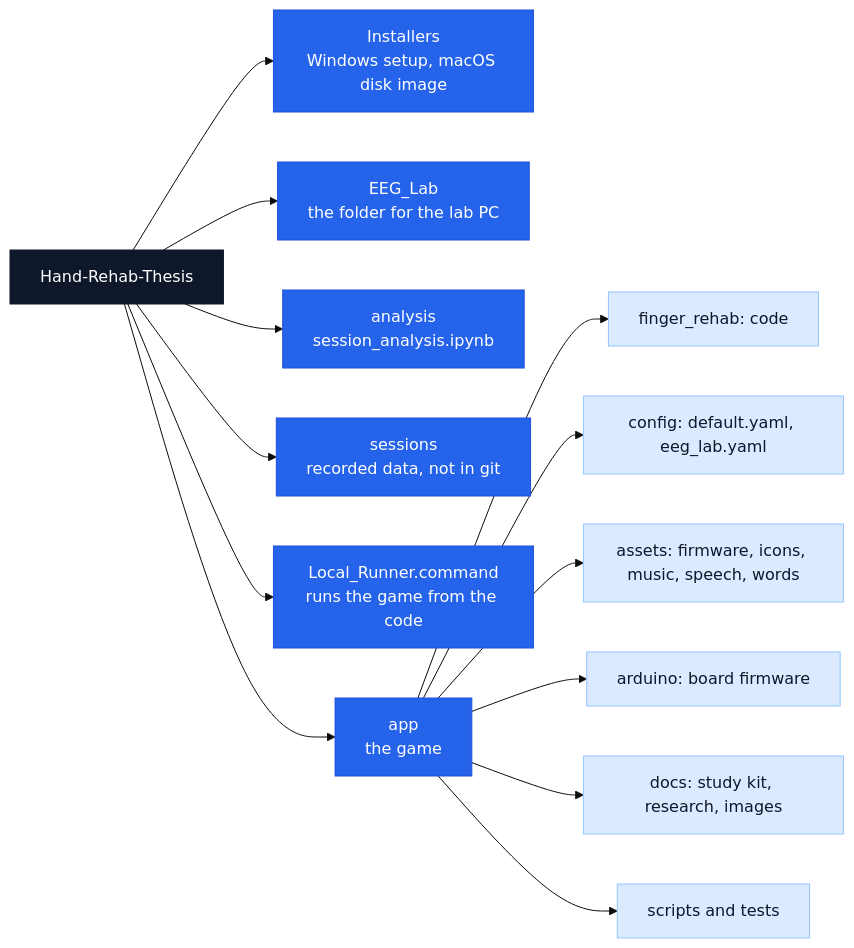
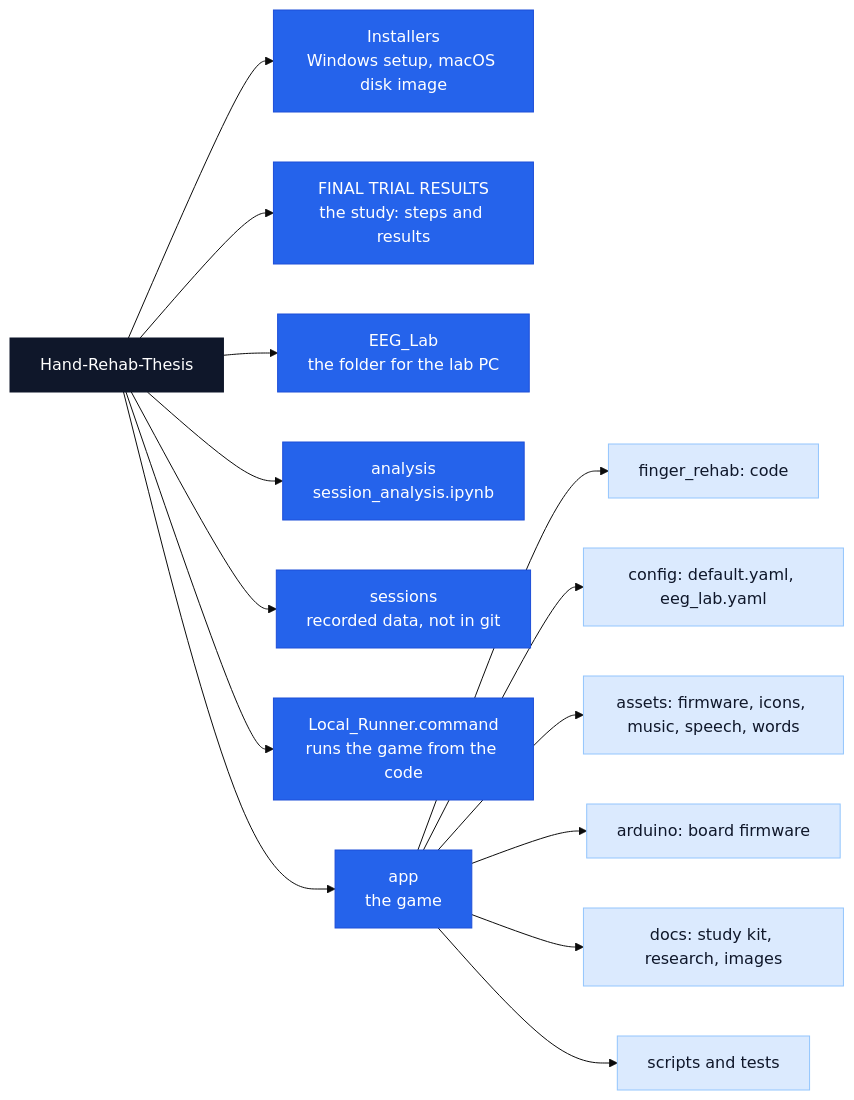
The first of 2 diagrams in README.md (basil2fxs/Hand-Rehab-Thesis), drawn with Mermaid (base theme) before and after one commit. The commit also changed other lines of this file and 70 other files, not shown here.

````diff
--- a/README.md
+++ b/README.md
@@ -10,19 +10,20 @@
 ```mermaid
 flowchart LR
   R["Hand-Rehab-Thesis"]:::root
   R --> I["Installers<br>Windows setup, macOS disk image"]:::top
+  R --> Y["FINAL TRIAL RESULTS<br>the study: steps and results"]:::top
   R --> E["EEG_Lab<br>the folder for the lab PC"]:::top
   R --> N["analysis<br>session_analysis.ipynb"]:::top
   R --> S["sessions<br>recorded data, not in git"]:::top
   R --> L["Local_Runner.command<br>runs the game from the code"]:::top
   R --> A["app<br>the game"]:::top
   A --> A1["finger_rehab: code"]:::sub
   A --> A2["config: default.yaml, eeg_lab.yaml"]:::sub
   A --> A3["assets: firmware, icons, music, speech, words"]:::sub
   A --> A4["arduino: board firmware"]:::sub
   A --> A5["docs: study kit, research, images"]:::sub
   A --> A6["scripts and tests"]:::sub
   classDef root fill:#0f172a,color:#fff,stroke:#0f172a
   classDef top fill:#2563eb,color:#fff,stroke:#1d4ed8
   classDef sub fill:#dbeafe,color:#0f172a,stroke:#93c5fd
 ```
````
